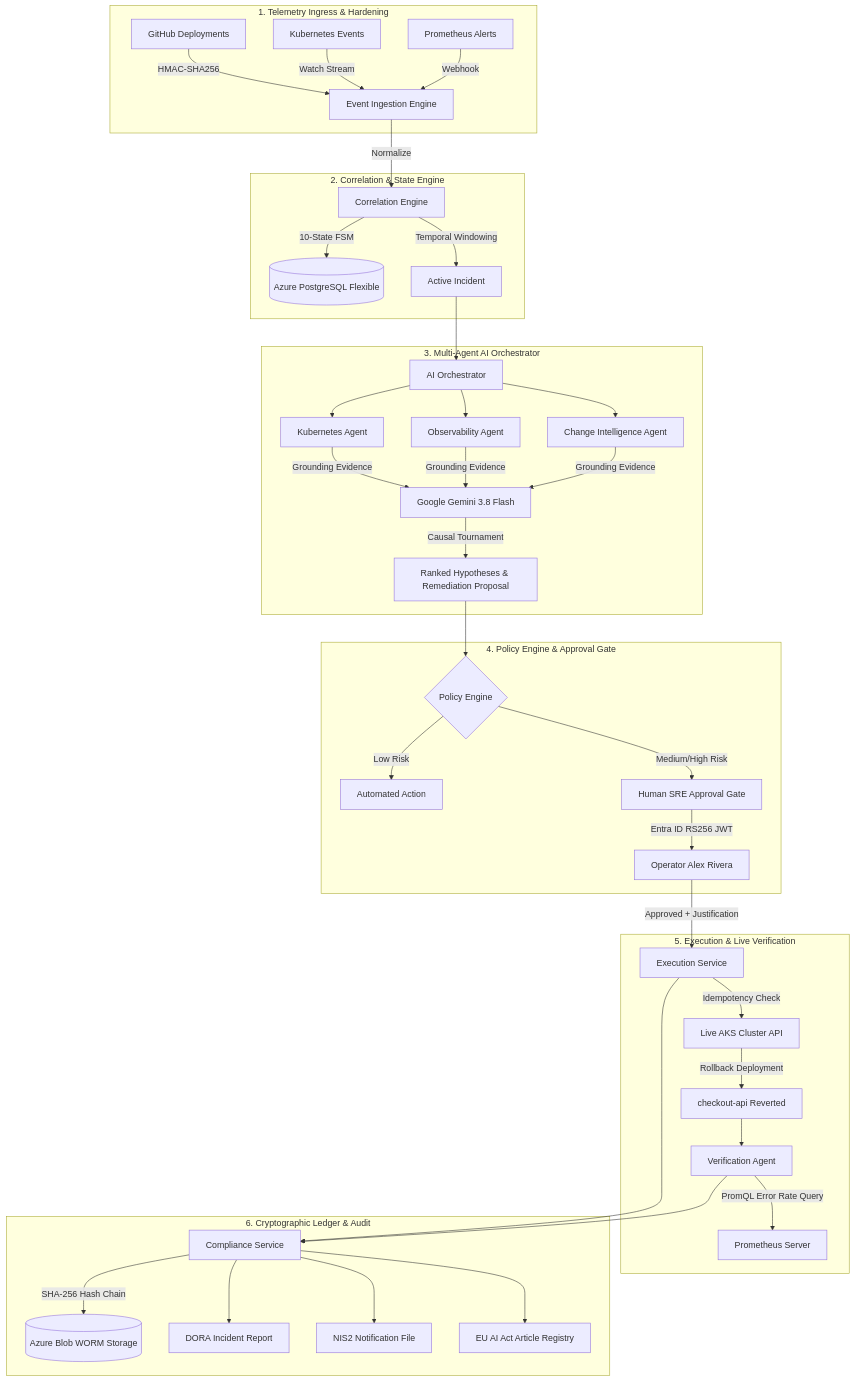
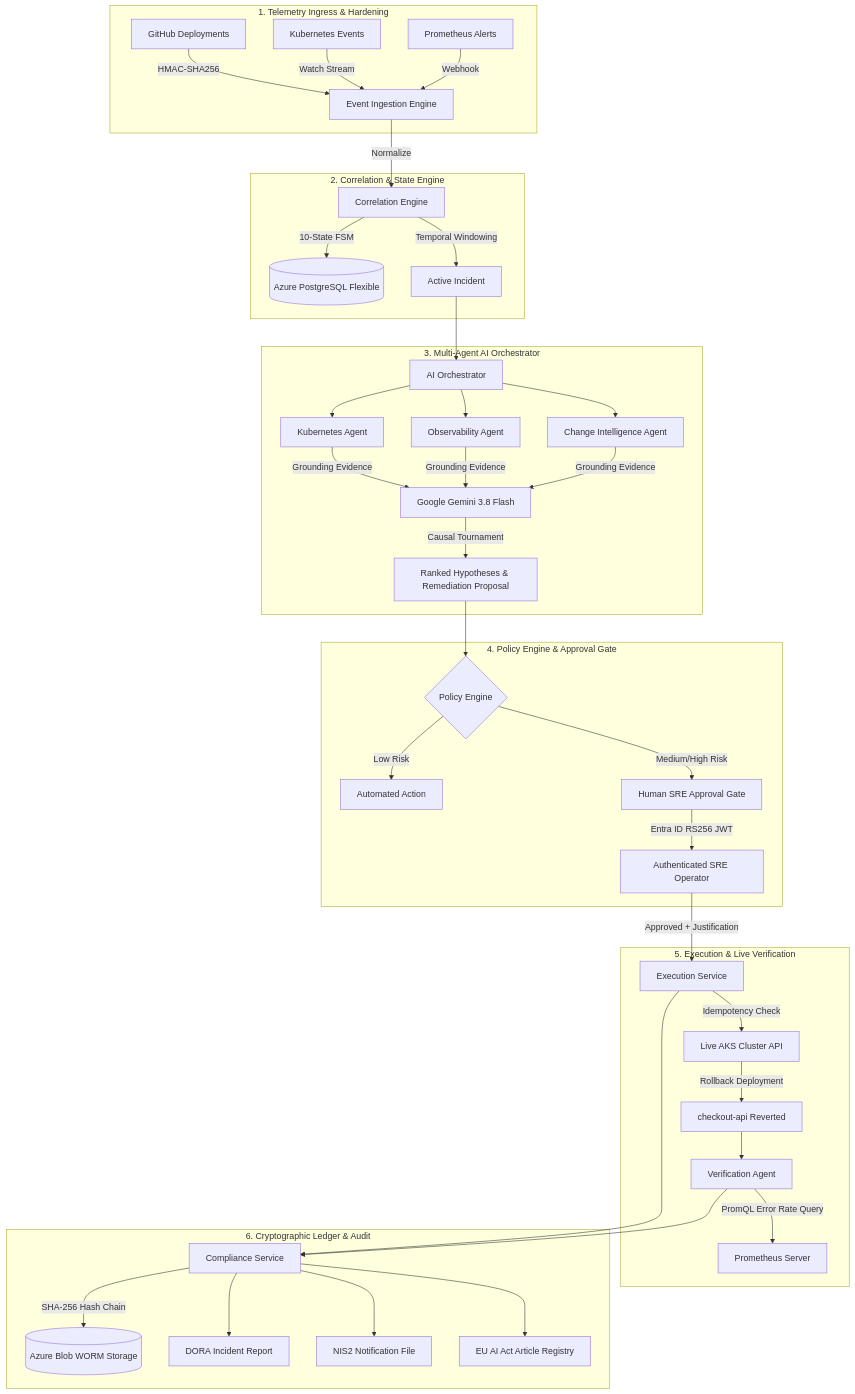
Before and after one commit to siddiquiabdul007/ai-sre-commander: the diagram in README.md, drawn with Mermaid. The commit also changed other lines of this file and 5 other files, not shown here.

Commit message:
feat(auth/ui): dynamically pull real Azure authenticated account into UI and remove all hardcoded names

````diff
--- a/README.md
+++ b/README.md
@@ -56,46 +56,46 @@
 ```mermaid
 flowchart TD
     subgraph Ingress ["1. Telemetry Ingress & Hardening"]
         A1[GitHub Deployments] -->|HMAC-SHA256| INGEST[Event Ingestion Engine]
         A2[Kubernetes Events] -->|Watch Stream| INGEST
         A3[Prometheus Alerts] -->|Webhook| INGEST
     end
 
     subgraph Correlation ["2. Correlation & State Engine"]
         INGEST -->|Normalize| CORR[Correlation Engine]
         CORR -->|10-State FSM| DB[(Azure PostgreSQL Flexible)]
         CORR -->|Temporal Windowing| INCIDENT[Active Incident]
     end
 
     subgraph Reasoning ["3. Multi-Agent AI Orchestrator"]
         INCIDENT --> ORCH[AI Orchestrator]
         ORCH --> K8S_AGENT[Kubernetes Agent]
         ORCH --> OBS_AGENT[Observability Agent]
         ORCH --> CHANGE_AGENT[Change Intelligence Agent]
         K8S_AGENT & OBS_AGENT & CHANGE_AGENT -->|Grounding Evidence| LLM[Google Gemini 3.8 Flash]
         LLM -->|Causal Tournament| HYP[Ranked Hypotheses & Remediation Proposal]
     end
 
     subgraph Governance ["4. Policy Engine & Approval Gate"]
         HYP --> POLICY{Policy Engine}
         POLICY -->|Low Risk| AUTO[Automated Action]
         POLICY -->|Medium/High Risk| GATE[Human SRE Approval Gate]
-        GATE -->|Entra ID RS256 JWT| AUTH_USER[Operator Alex Rivera]
+        GATE -->|Entra ID RS256 JWT| AUTH_USER[Authenticated SRE Operator]
     end
 
     subgraph Execution ["5. Execution & Live Verification"]
         AUTH_USER -->|Approved + Justification| EXEC[Execution Service]
         EXEC -->|Idempotency Check| K8S_API[Live AKS Cluster API]
         K8S_API -->|Rollback Deployment| REPAIR[checkout-api Reverted]
         REPAIR --> VERIF[Verification Agent]
         VERIF -->|PromQL Error Rate Query| PROM[Prometheus Server]
     end
 
     subgraph Compliance ["6. Cryptographic Ledger & Audit"]
         EXEC & VERIF --> COMPLIANCE[Compliance Service]
         COMPLIANCE -->|SHA-256 Hash Chain| WORM[(Azure Blob WORM Storage)]
         COMPLIANCE --> DORA[DORA Incident Report]
         COMPLIANCE --> NIS2[NIS2 Notification File]
         COMPLIANCE --> EU_AI[EU AI Act Article Registry]
     end
 ```
````
